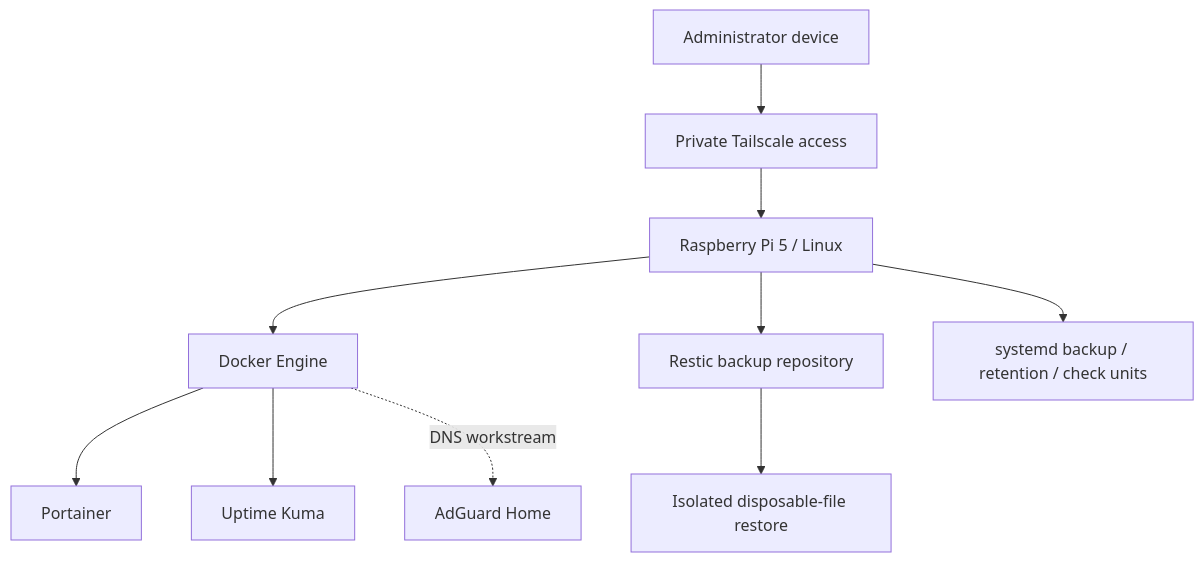
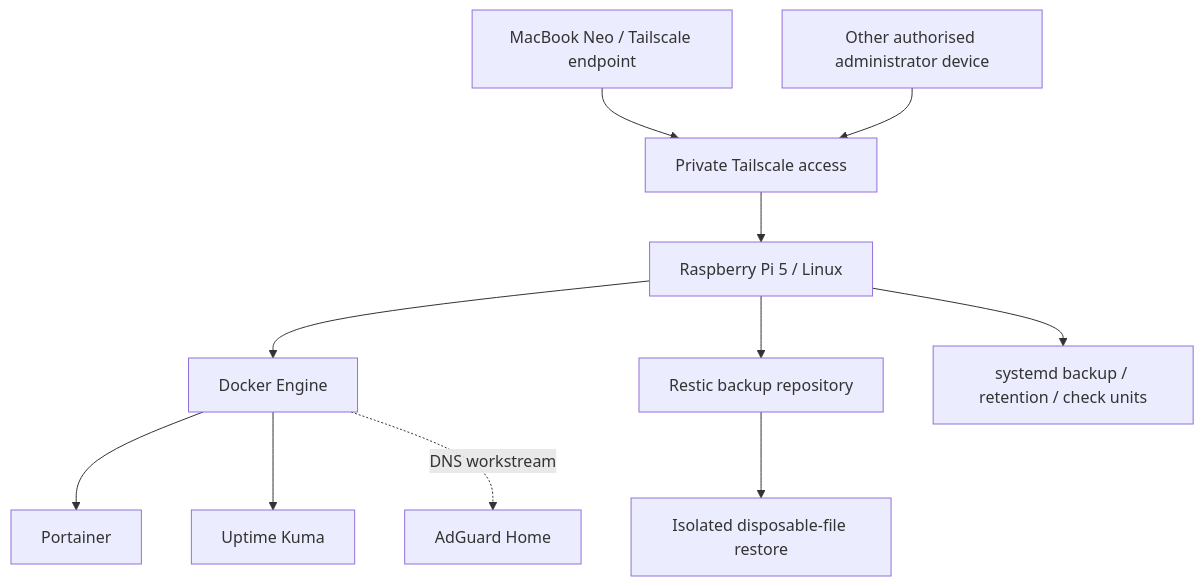
One commit to localhostjohn/astra-infrastructure-lab changed the diagram in docs/raspberry-pi-operations.md. Above: the diagram before and after it, drawn with Mermaid. The commit also changed other lines of this file, not shown here.

Commit message:
docs: update Tailscale endpoint status

````diff
--- a/docs/raspberry-pi-operations.md
+++ b/docs/raspberry-pi-operations.md
@@ -13,12 +13,13 @@
 ```mermaid
 flowchart TB
-    A[Administrator device] --> B[Private Tailscale access]
+    M[MacBook Neo / Tailscale endpoint] --> B[Private Tailscale access]
+    A[Other authorised administrator device] --> B
     B --> P[Raspberry Pi 5 / Linux]
     P --> D[Docker Engine]
     D --> C[Portainer]
     D --> U[Uptime Kuma]
     D -. DNS workstream .-> G[AdGuard Home]
     P --> R[Restic backup repository]
     P --> S[systemd backup / retention / check units]
     R --> T[Isolated disposable-file restore]
 ```
````
